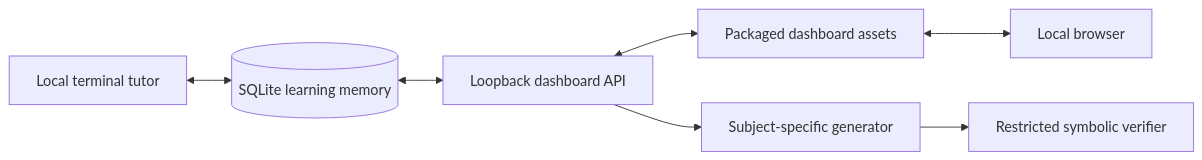
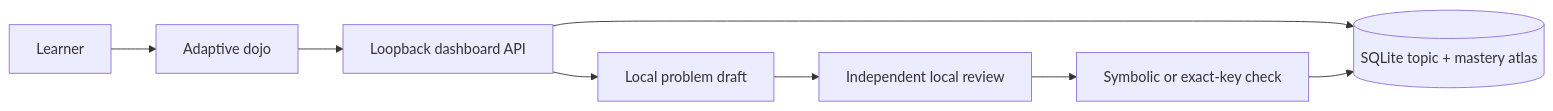
Before and after one commit to GizmosGarage/Sensei: the diagram in docs/LOCAL_DASHBOARD.md, drawn with Mermaid. The commit also changed other lines of this file and 16 other files, not shown here.

Commit message:
feat: add learner-directed adaptive questlines

````diff
--- a/docs/LOCAL_DASHBOARD.md
+++ b/docs/LOCAL_DASHBOARD.md
@@ -36,9 +39,10 @@
 ```mermaid
 flowchart LR
-    Tutor[Local terminal tutor] <--> DB[(SQLite learning memory)]
-    DB <--> API[Loopback dashboard API]
-    API <--> Page[Packaged dashboard assets]
-    Page <--> Browser[Local browser]
-    API --> Generate[Subject-specific generator]
-    Generate --> Verify[Restricted symbolic verifier]
+    Learner --> Page[Adaptive dojo]
+    Page --> API[Loopback dashboard API]
+    API --> Topics[(SQLite topic + mastery atlas)]
+    API --> Draft[Local problem draft]
+    Draft --> Review[Independent local review]
+    Review --> Check[Symbolic or exact-key check]
+    Check --> Topics
 ```
````
